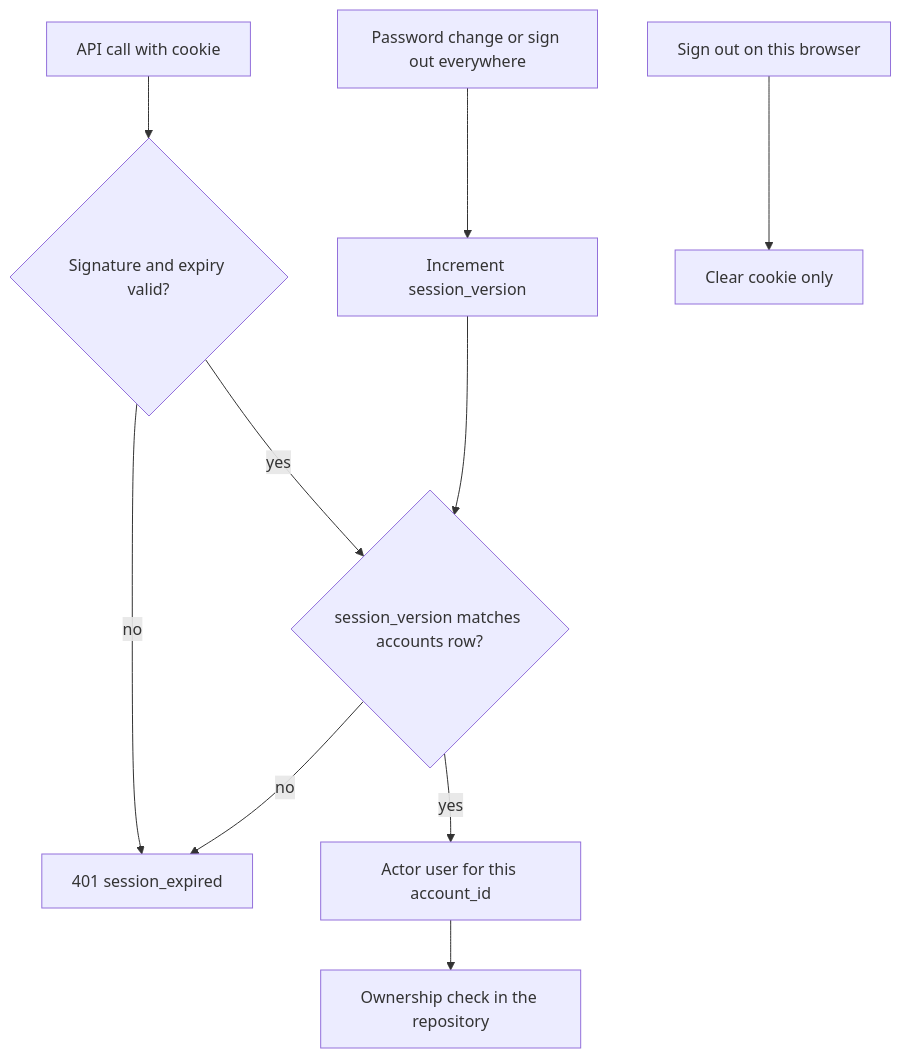
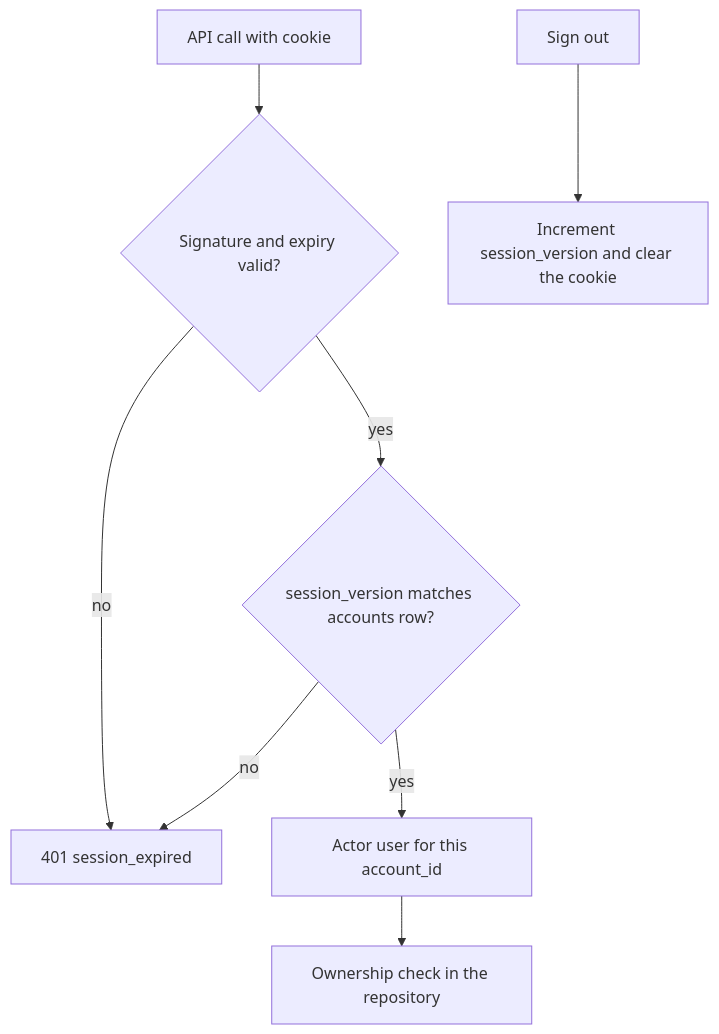
Before and after one commit to ShantanuGarg2004/FinPilot: the third of 6 diagrams in docs/AUTH_ARCHITECTURE.md, drawn with Mermaid. The commit also changed other lines of this file and 68 other files, not shown here.

````diff
--- a/docs/AUTH_ARCHITECTURE.md
+++ b/docs/AUTH_ARCHITECTURE.md
@@ -133,12 +138,10 @@
 ```mermaid
 flowchart TD
   call[API call with cookie] --> sig{Signature and expiry valid?}
   sig -->|no| expired[401 session_expired]
   sig -->|yes| ver{session_version matches accounts row?}
   ver -->|no| expired
   ver -->|yes| actor[Actor user for this account_id]
   actor --> own[Ownership check in the repository]
-  pwd[Password change or sign out everywhere] --> bump[Increment session_version]
-  bump --> ver
-  localOut[Sign out on this browser] --> clear[Clear cookie only]
+  localOut[Sign out] --> bumpOut[Increment session_version and clear the cookie]
 ```
````
